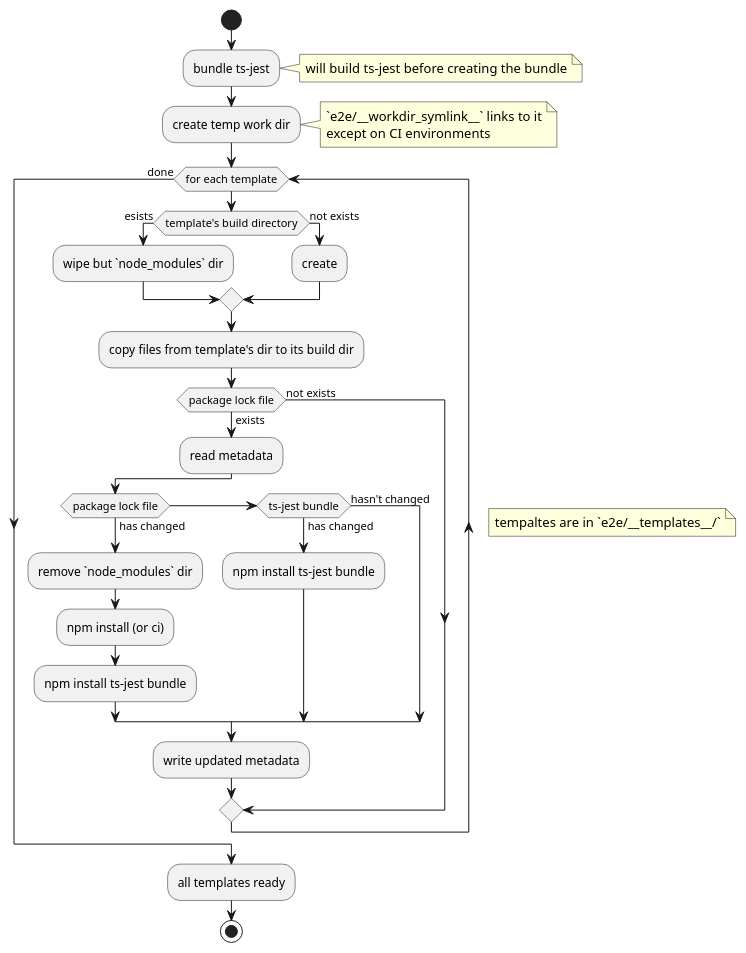
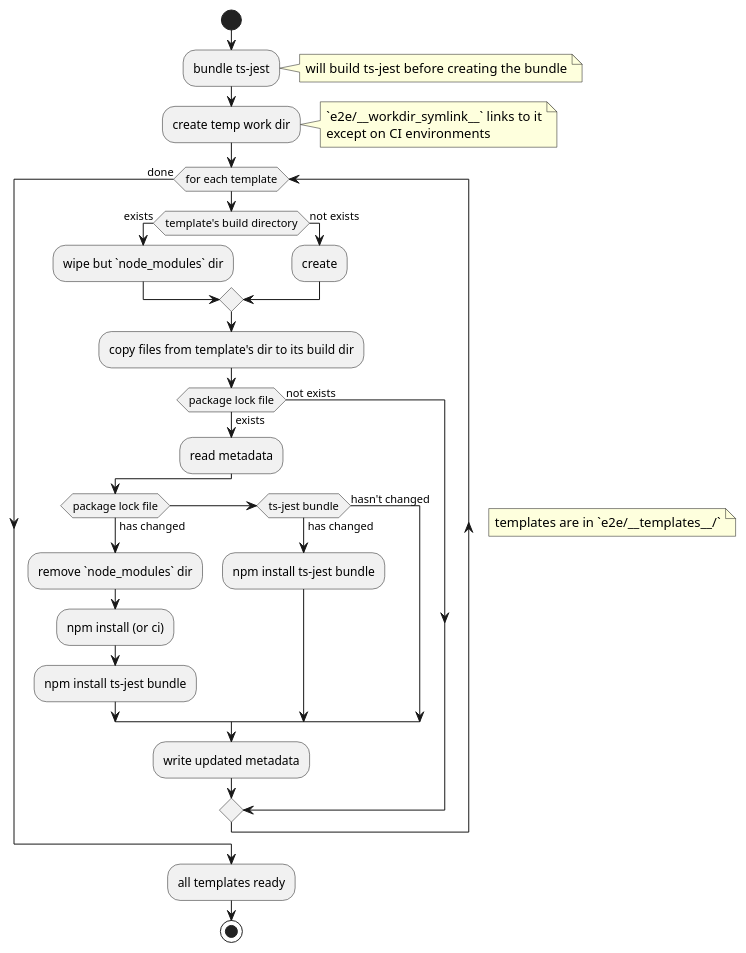
One commit to AlexGuz23/ts-jest changed the first of 2 diagrams in docs/tech/e2e/index.md. Above: the diagram before and after it, drawn with PlantUML. The commit also changed other lines of this file and 9 other files, not shown here.

```diff
--- a/docs/tech/e2e/index.md
+++ b/docs/tech/e2e/index.md
@@ -8,55 +8,55 @@
 {% plantuml %}
 
 start
 
 :bundle ts-jest;
 note right
   will build ts-jest before creating the bundle
 end note
 
 :create temp work dir;
 note right
   `e2e/~__workdir_symlink__` links to it
   except on CI environments
 end note
 
 while (for each template)
   note right
-    tempaltes are in `e2e/~__templates__/`
+    templates are in `e2e/~__templates__/`
   end note
 
-  if (template's build directory) then (esists)
+  if (template's build directory) then (exists)
     :wipe but `node_modules` dir;
   else (not exists)
     :create;
   endif
 
   :copy files from template's dir to its build dir;
 
   if (package lock file) then (exists)
     :read metadata;
 
     if (package lock file) then (has changed)
       :remove `node_modules` dir;
 
       :npm install (or ci);
 
       :npm install ts-jest bundle;
 
     else if (ts-jest bundle) then (has changed)
       :npm install ts-jest bundle;
 
     else (hasn't changed)
     endif
     :write updated metadata;
 
   else (not exists)
   endif
 
 endwhile (done)
 
 :all templates ready;
 
 stop
 
 {% endplantuml %}
```
